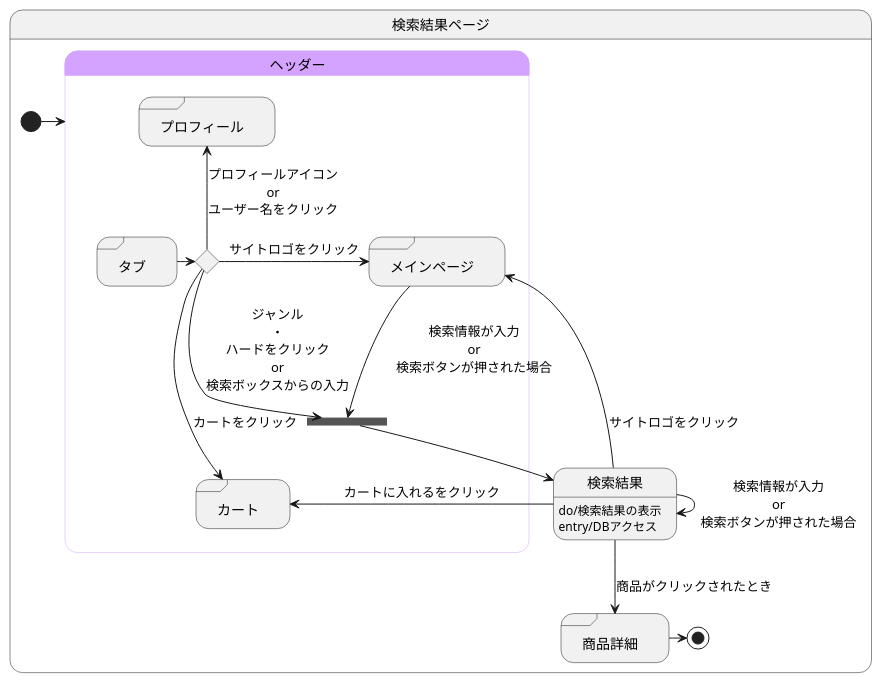
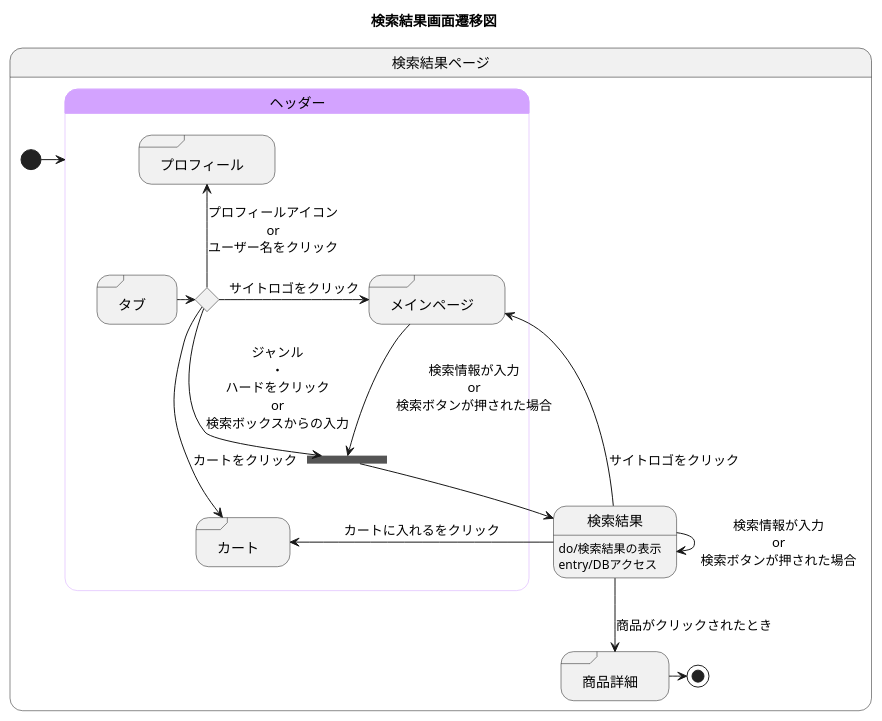
Before and after one commit to akutori/T-D-E: the diagram in 検索結果.md, drawn with PlantUML. The commit also changed 1 other file, not shown here.

Commit message:
タイトル追加

````diff
--- a/検索結果.md
+++ b/検索結果.md
@@ -1,45 +1,46 @@
 ```uml
 @startuml
+title 検索結果画面遷移図
 state 検索結果ページ{
 
 
     state 検索結果:do/検索結果の表示
     state 検索結果:entry/DBアクセス
     state "商品詳細" as goodsdetail <<sdlreceive>>
     
 
 
     [*] -> ヘッダー
     
     検索結果 --> goodsdetail :商品がクリックされたとき
     検索結果 --> 検索結果 :検索情報が入力\nor\n検索ボタンが押された場合
     goodsdetail -> [*]
     
 
     state ヘッダー<<headder>>{
         state join_header <<join>>
         state ifinput <<choice>>
         state "タブ" as tab <<sdlreceive>>
         state "カート" as cart <<sdlreceive>>
         state "プロフィール" as profile <<sdlreceive>>
         state "メインページ" as mainpage <<sdlreceive>>
 
         tab -> ifinput 
         ifinput ---> cart :カートをクリック
         ifinput -up-> profile :プロフィールアイコン\nor\nユーザー名をクリック
         ifinput -> mainpage :サイトロゴをクリック
         ifinput -right-> join_header :ジャンル\n・\nハードをクリック\nor\n検索ボックスからの入力
 
         mainpage --> join_header :検索情報が入力\nor\n検索ボタンが押された場合
         検索結果 -> mainpage :サイトロゴをクリック
         join_header ---> 検索結果
         検索結果 -> cart : カートに入れるをクリック
     }
 
     skinparam stateBorderColor<<headder>> #d3a3ff
     state ヘッダー #d3a3ff
 
 }
 
 @enduml
 ```
````
